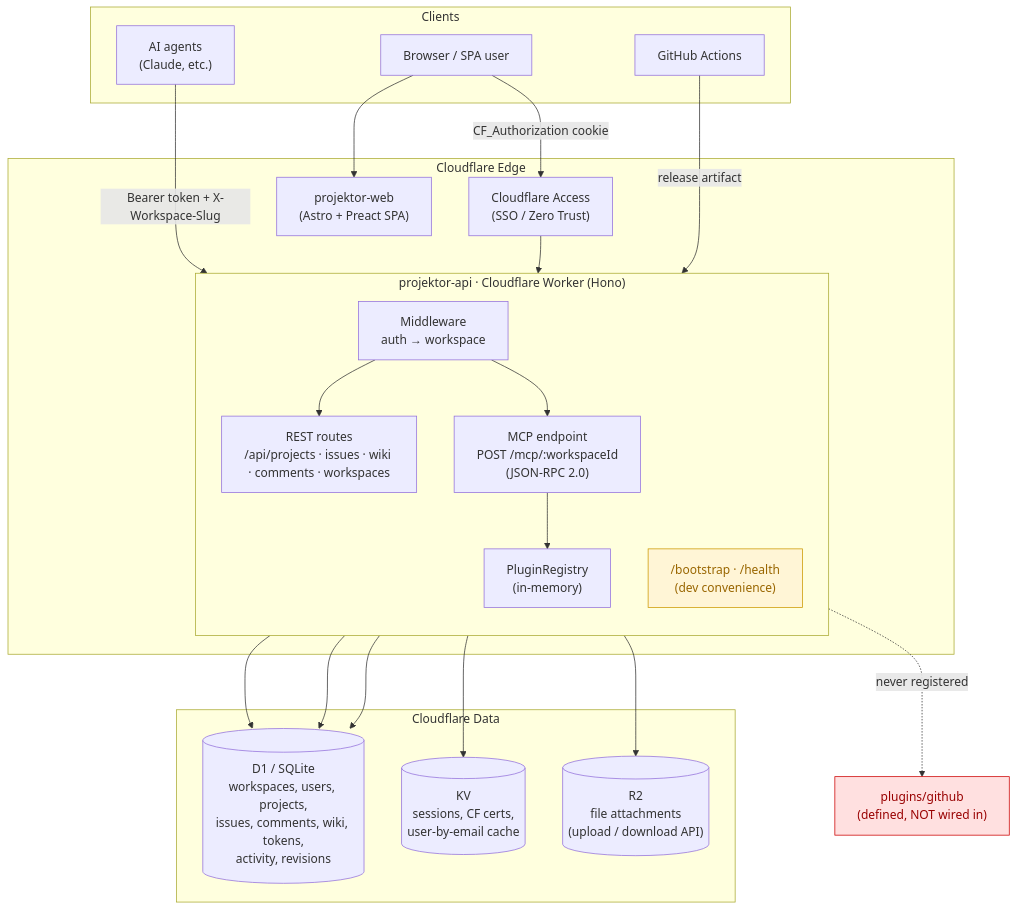
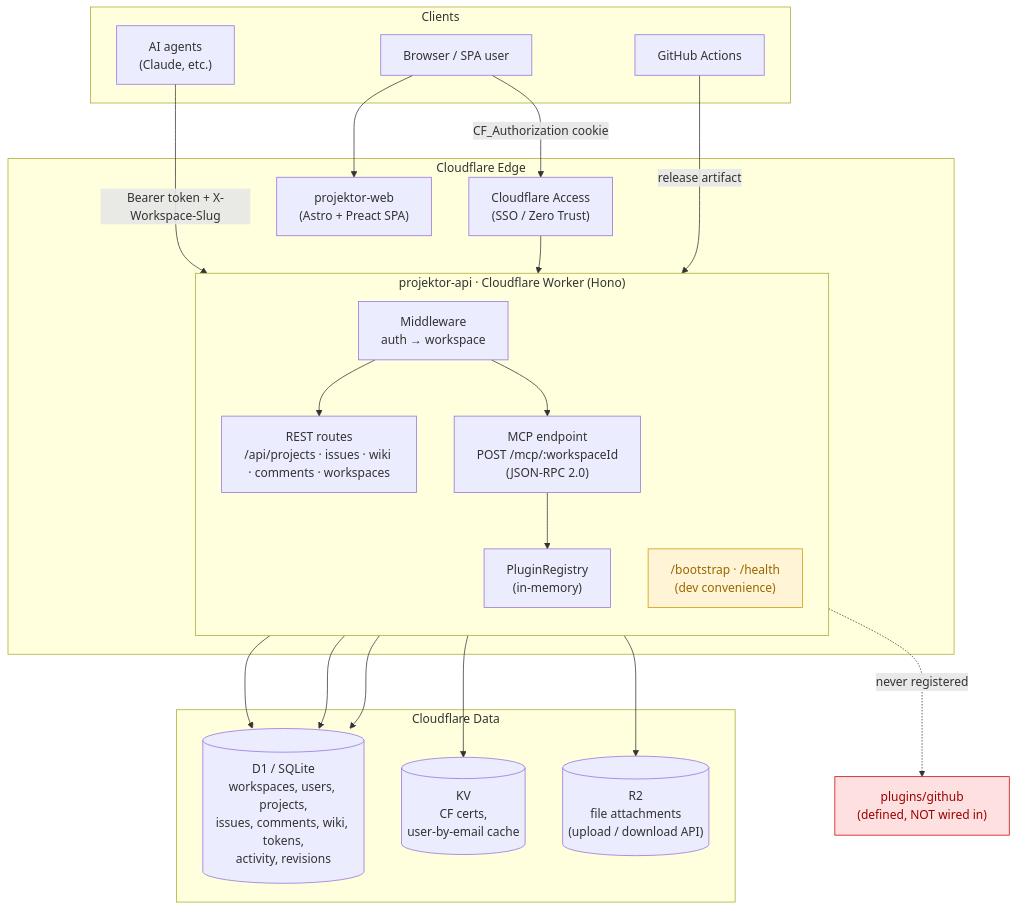
One commit to TAJD/projektor changed the diagram in apps/docs/src/content/docs/architecture/system-design.mdx. Above: the diagram before and after it, drawn with Mermaid. The commit also changed other lines of this file and 17 other files, not shown here.

````diff
--- a/apps/docs/src/content/docs/architecture/system-design.mdx
+++ b/apps/docs/src/content/docs/architecture/system-design.mdx
@@ -35,49 +37,49 @@
 ```mermaid
 flowchart TB
     subgraph Clients
         AI["AI agents<br/>(Claude, etc.)"]
         Browser["Browser / SPA user"]
         CI["GitHub Actions"]
     end
 
     subgraph Edge["Cloudflare Edge"]
         Access["Cloudflare Access<br/>(SSO / Zero Trust)"]
         subgraph Worker["projektor-api · Cloudflare Worker (Hono)"]
             direction TB
             MW["Middleware<br/>auth → workspace"]
             REST["REST routes<br/>/api/projects · issues · wiki · comments · workspaces"]
             MCP["MCP endpoint<br/>POST /mcp/:workspaceId<br/>(JSON-RPC 2.0)"]
             BOOT["/bootstrap · /health<br/>(dev convenience)"]
             REG["PluginRegistry<br/>(in-memory)"]
         end
         Pages["projektor-web<br/>(Astro + Preact SPA)"]
     end
 
     subgraph Storage["Cloudflare Data"]
         D1[("D1 / SQLite<br/>workspaces, users, projects,<br/>issues, comments, wiki, tokens,<br/>activity, revisions")]
-        KV[("KV<br/>sessions, CF certs,<br/>user-by-email cache")]
+        KV[("KV<br/>CF certs,<br/>user-by-email cache")]
         R2[("R2<br/>file attachments<br/>(upload / download API)")]
     end
 
     Plugins["plugins/github<br/>(defined, NOT wired in)"]
 
     AI -->|"Bearer token + X-Workspace-Slug"| MCP
     Browser -->|"CF_Authorization cookie"| Access --> REST
     Browser --> Pages
     CI -->|"release artifact"| Worker
 
     MW --> REST
     MW --> MCP
     MCP --> REG
     REST --> D1
     MCP --> D1
     MW --> D1
     MW --> KV
     REST --> R2
     REG -.->|"never registered"| Plugins
 
     classDef gap fill:#ffe0e0,stroke:#c00,color:#900;
     classDef stub fill:#fff5d6,stroke:#c90,color:#960;
     class Plugins gap;
     class BOOT stub;
 ```
````
